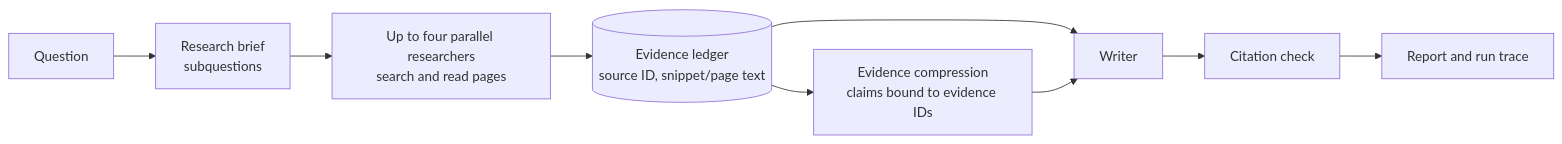
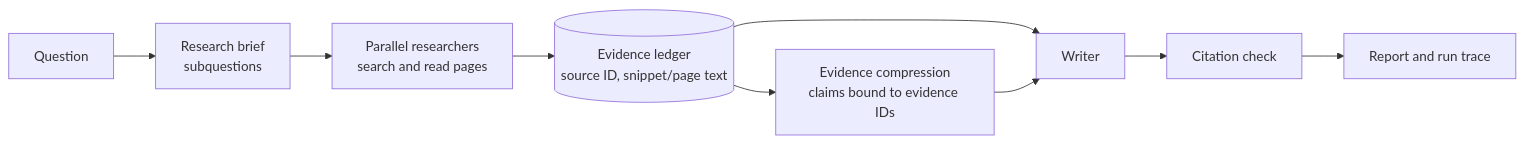
One commit to huichimegumi/deepsearch-agents changed the diagram in README.en.md. Above: the diagram before and after it, drawn with Mermaid. The commit also changed other lines of this file, not shown here.

Commit message:
docs: generalize parallel researcher count in README.en.md

````diff
--- a/README.en.md
+++ b/README.en.md
@@ -25,11 +25,11 @@
 ```mermaid
 flowchart LR
     Q[Question] --> B[Research brief<br/>subquestions]
-    B --> P[Up to four parallel researchers<br/>search and read pages]
+    B --> P[Parallel researchers<br/>search and read pages]
     P --> E[(Evidence ledger<br/>source ID, snippet/page text)]
     E --> C[Evidence compression<br/>claims bound to evidence IDs]
     E --> W[Writer]
     C --> W
     W --> V[Citation check]
     V --> O[Report and run trace]
 ```
````
